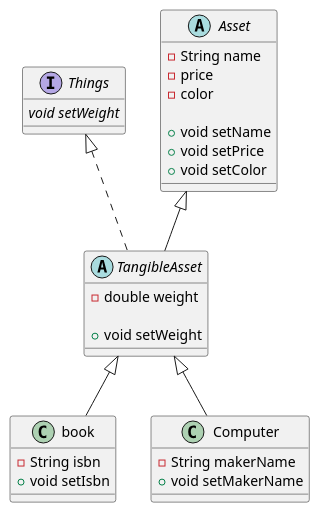
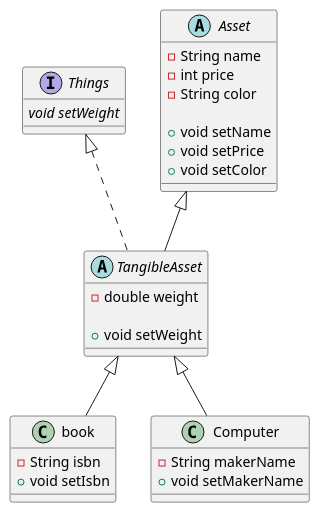
The diagram in src/main/java/com/survivalcoding/Asset/Asset.puml (SurvivalCodingCampus/polytech_java_study), drawn with PlantUML before and after one commit. The commit also changed 1 other file, not shown here.

```diff
--- a/src/main/java/com/survivalcoding/Asset/Asset.puml
+++ b/src/main/java/com/survivalcoding/Asset/Asset.puml
@@ -1,38 +1,38 @@
 @startuml
 'https://plantuml.com/class-diagram
 
 interface Things {
 {abstract} void setWeight
 }
 
 abstract Asset{
 -String name
--price
--color
+-int price
+-String color
 
 +void setName
 +void setPrice
 +void setColor
 }
 
 abstract TangibleAsset extends Asset implements Things{
 - double weight
 
 + void setWeight
 }
 
 
 class book extends TangibleAsset{
 - String isbn
 +void setIsbn
 }
 
 class Computer extends TangibleAsset {
 - String makerName
 +void setMakerName
 }
 
 
 
 
 @enduml
```
